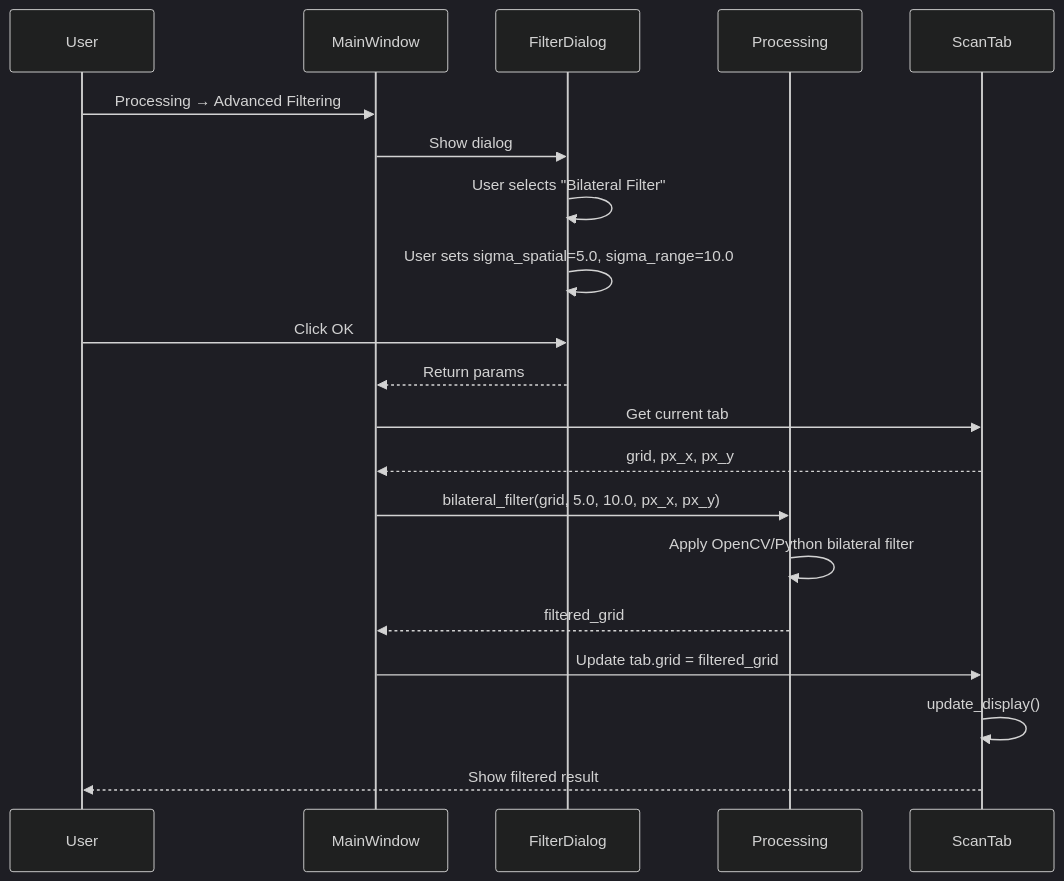
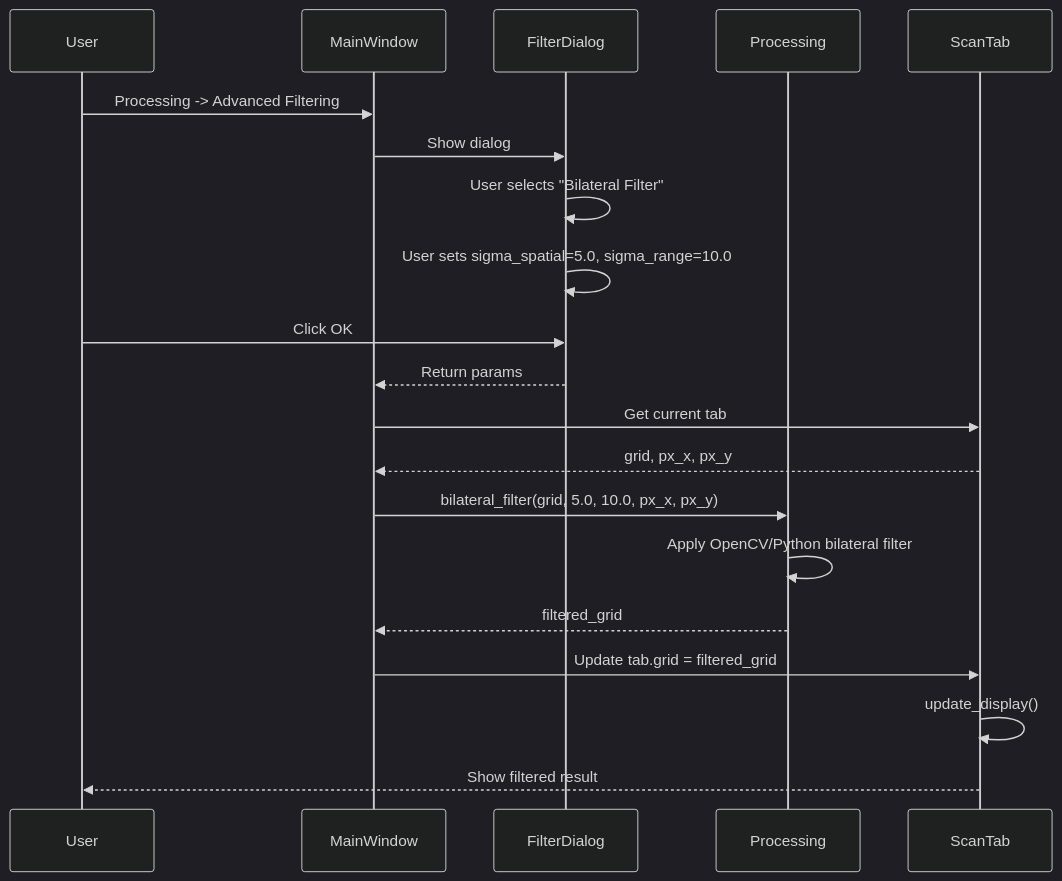
One commit to iitis/frasta changed the third of 4 diagrams in ARCHITECTURE.md. Above: the diagram before and after it, drawn with Mermaid (dark theme). The commit also changed other lines of this file and 21 other files, not shown here.

````diff
--- a/ARCHITECTURE.md
+++ b/ARCHITECTURE.md
@@ -411,23 +411,23 @@
 ```mermaid
 sequenceDiagram
     participant User
     participant MainWindow
     participant FilterDialog
     participant Processing
     participant ScanTab
     
-    User->>MainWindow: Processing → Advanced Filtering
+    User->>MainWindow: Processing -> Advanced Filtering
     MainWindow->>FilterDialog: Show dialog
     FilterDialog->>FilterDialog: User selects "Bilateral Filter"
     FilterDialog->>FilterDialog: User sets sigma_spatial=5.0, sigma_range=10.0
     User->>FilterDialog: Click OK
     FilterDialog-->>MainWindow: Return params
     MainWindow->>ScanTab: Get current tab
     ScanTab-->>MainWindow: grid, px_x, px_y
     MainWindow->>Processing: bilateral_filter(grid, 5.0, 10.0, px_x, px_y)
     Processing->>Processing: Apply OpenCV/Python bilateral filter
     Processing-->>MainWindow: filtered_grid
     MainWindow->>ScanTab: Update tab.grid = filtered_grid
     ScanTab->>ScanTab: update_display()
     ScanTab-->>User: Show filtered result
 ```
````
